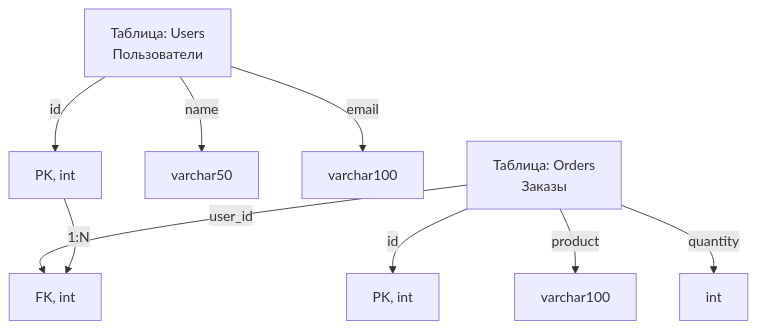
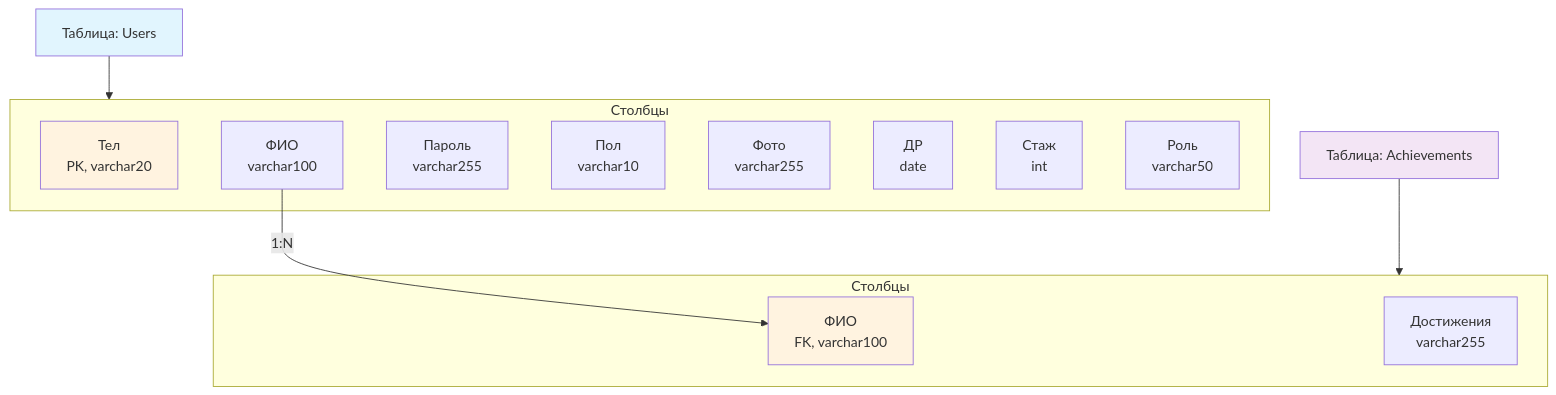
Before and after one commit to Jamshed-17/J-o: the diagram in Прикладное программиование/1.md, drawn with Mermaid. The commit also changed other lines of this file, not shown here.

Commit message:
Сохранение програсса: 2025-09-05 11

````diff
--- a/Прикладное программиование/1.md
+++ b/Прикладное программиование/1.md
@@ -23,16 +24,33 @@
 ```mermaid
 flowchart TD
-
-    Users[Таблица: Users<br/>Пользователи]
-    Users -- id --> Users_id[PK, int]
-    Users -- name --> Users_name[varchar50]
-    Users -- email --> Users_email[varchar100]
+    Users[Таблица: Users]
     
-    Orders[Таблица: Orders<br/>Заказы]
-    Orders -- id --> Orders_id[PK, int]
-    Orders -- user_id --> Orders_user_id[FK, int]
-    Orders -- product --> Orders_product[varchar100]
-    Orders -- quantity --> Orders_quantity[int]
+    subgraph UsersColumns [Столбцы]
+        Users_phone[Тел<br/>PK, varchar20]
+        Users_name[ФИО<br/>varchar100]
+        Users_password[Пароль<br/>varchar255]
+        Users_gender[Пол<br/>varchar10]
+        Users_photo[Фото<br/>varchar255]
+        Users_birthdate[ДР<br/>date]
+        Users_experience[Стаж<br/>int]
+        Users_role[Роль<br/>varchar50]
+    end
     
-    Users_id -- 1:N --> Orders_user_id
+    Users --> UsersColumns
+    
+    Achievements[Таблица: Achievements]
+    
+    subgraph AchievementsColumns [Столбцы]
+        Achievements_name[ФИО<br/>FK, varchar100]
+        Achievements_list[Достижения<br/>varchar255]
+    end
+    
+    Achievements --> AchievementsColumns
+    
+    Users_name -- 1:N --> Achievements_name
+    
+    style Users fill:#e1f5fe
+    style Achievements fill:#f3e5f5
+    style Users_phone fill:#fff3e0
+    style Achievements_name fill:#fff3e0
 ```
````
